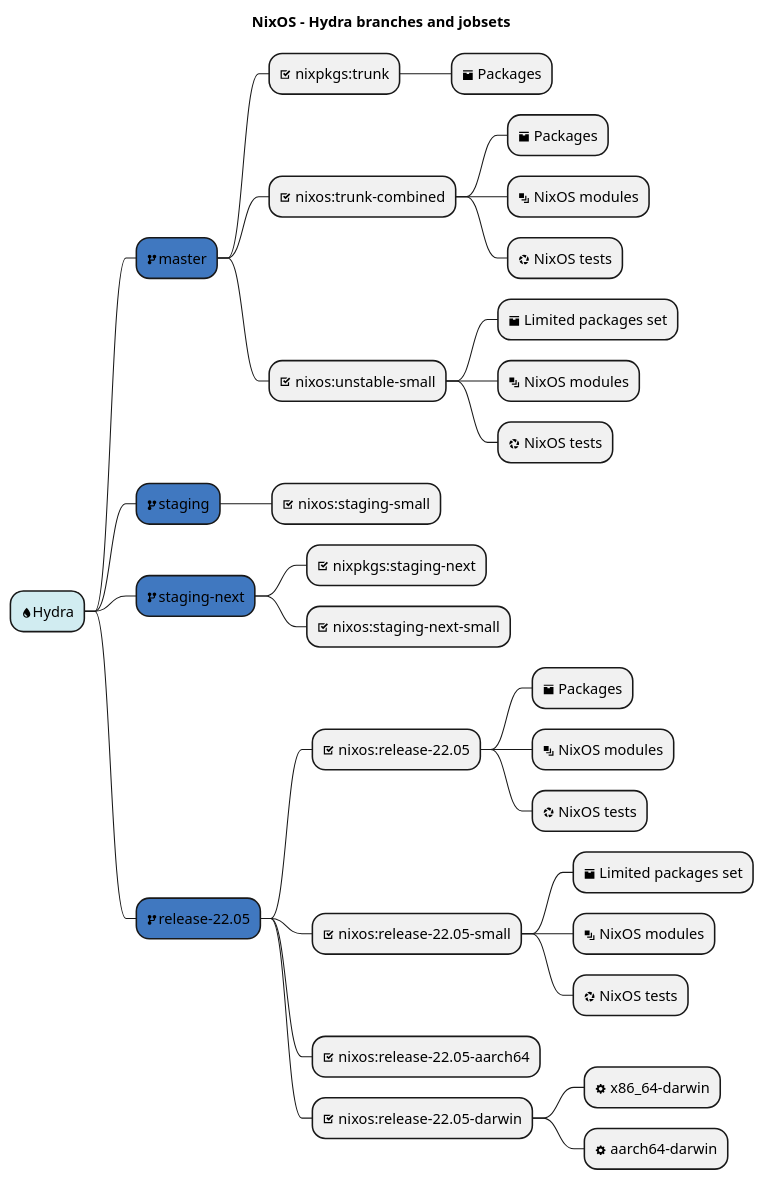
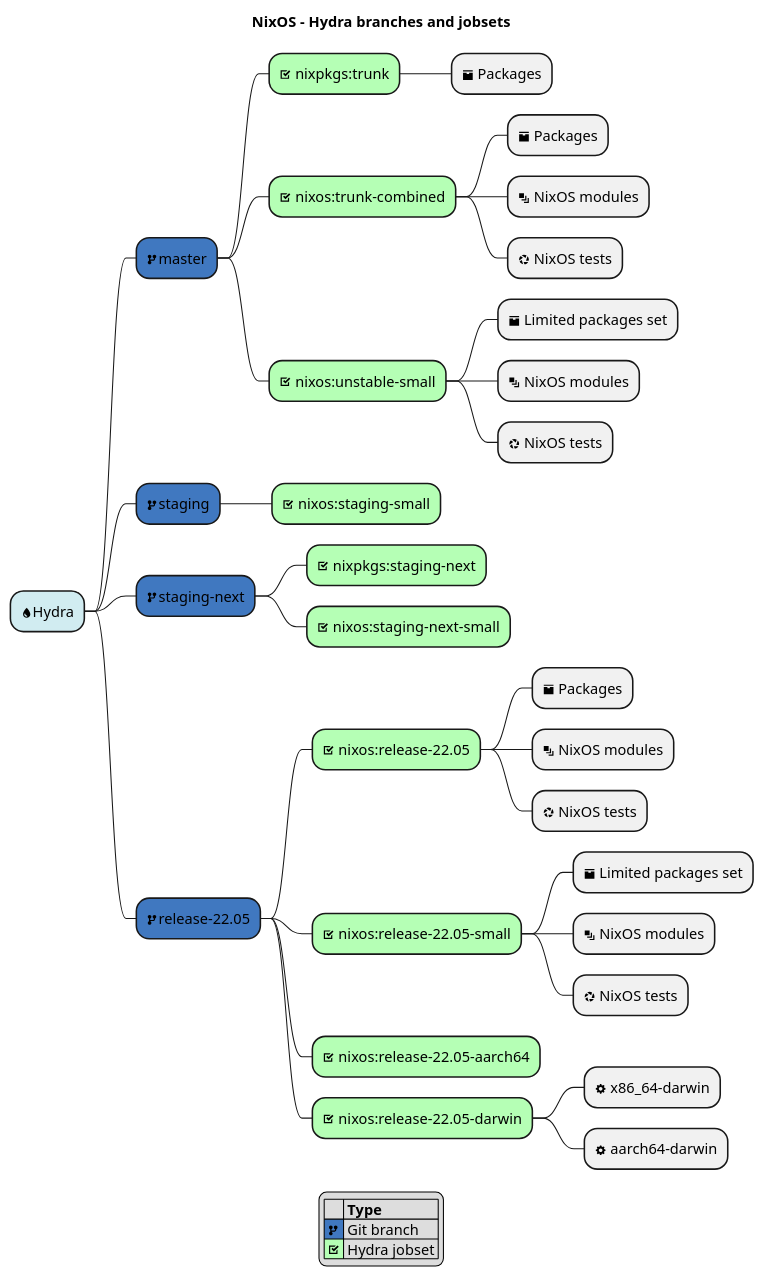
One commit to drupol/nixos-processes changed the diagram in src/hydra.plantuml. Above: the diagram before and after it, drawn with PlantUML.

Commit message:
Update `Hydra` diagrams.

```diff
--- a/src/hydra.plantuml
+++ b/src/hydra.plantuml
@@ -1,45 +1,55 @@
 @startmindmap
 title NixOS - Hydra branches and jobsets
 
 <style>
 mindmapDiagram {
   :depth(0) {
     BackGroundColor d1ecf1
   }
   :depth(1) {
     BackGroundColor 4078c0
+  }
+  :depth(2) {
+    BackGroundColor b5ffb5
   }
 }
 </style>
 
 * <&droplet>Hydra
 ** <&fork>master
 *** <&task> nixpkgs:trunk
 **** <&box> Packages
 *** <&task> nixos:trunk-combined
 **** <&box> Packages
 **** <&layers> NixOS modules
 **** <&aperture> NixOS tests
 *** <&task> nixos:unstable-small
 **** <&box> Limited packages set
 **** <&layers> NixOS modules
 **** <&aperture> NixOS tests
 ** <&fork>staging
 *** <&task> nixos:staging-small
 ** <&fork>staging-next
 *** <&task> nixpkgs:staging-next
 *** <&task> nixos:staging-next-small
 ** <&fork>release-22.05
 *** <&task> nixos:release-22.05
 **** <&box> Packages
 **** <&layers> NixOS modules
 **** <&aperture> NixOS tests
 *** <&task> nixos:release-22.05-small
 **** <&box> Limited packages set
 **** <&layers> NixOS modules
 **** <&aperture> NixOS tests
 *** <&task> nixos:release-22.05-aarch64
 *** <&task> nixos:release-22.05-darwin
 **** <&cog> x86_64-darwin
 **** <&cog> aarch64-darwin
+
+legend
+|= |= Type |
+| <#4078c0> <&fork> | Git branch |
+| <#b5ffb5> <&task> | Hydra jobset |
+endlegend
+
 @endmindmap
```
